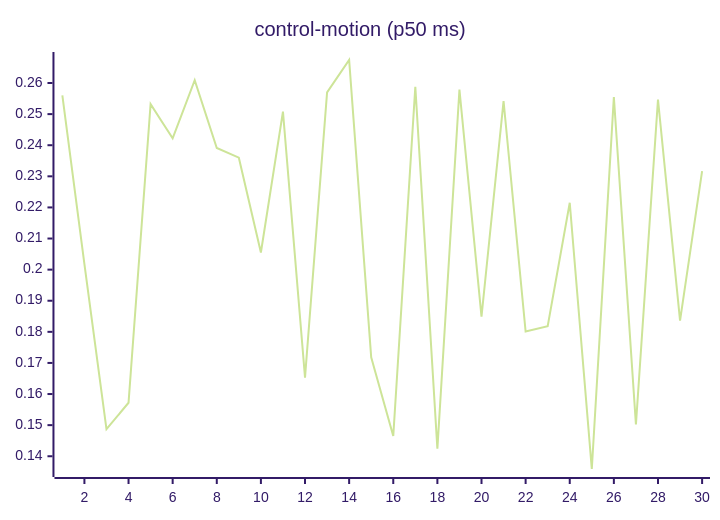
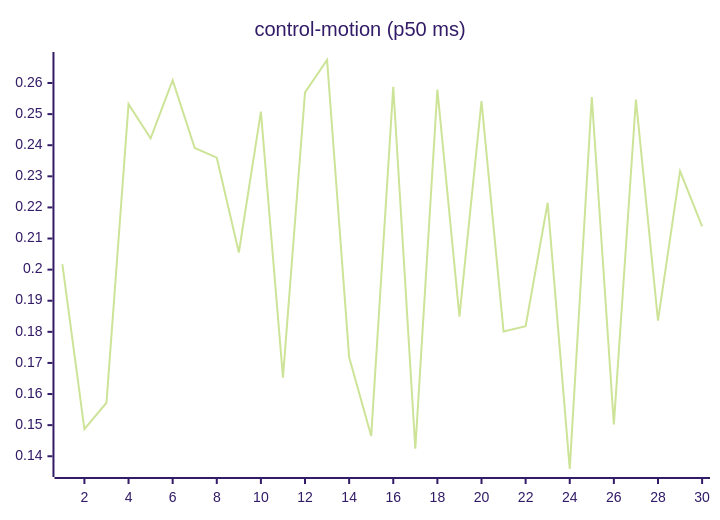
The seventh of 27 diagrams in README.md (josha/Facet), drawn with Mermaid (forest theme) before and after one commit. The commit also changed other lines of this file and 2 other files, not shown here.

````diff
--- a/README.md
+++ b/README.md
@@ -105,6 +105,6 @@
 ```mermaid
 xychart-beta
     title "control-motion (p50 ms)"
     x-axis 1 --> 30
-    line [0.2560, 0.2018, 0.1487, 0.1572, 0.2532, 0.2422, 0.2609, 0.2391, 0.2360, 0.2055, 0.2508, 0.1653, 0.2570, 0.2674, 0.1718, 0.1465, 0.2588, 0.1424, 0.2579, 0.1849, 0.2542, 0.1801, 0.1818, 0.2215, 0.1359, 0.2555, 0.1502, 0.2547, 0.1836, 0.2317]
+    line [0.2018, 0.1487, 0.1572, 0.2532, 0.2422, 0.2609, 0.2391, 0.2360, 0.2055, 0.2508, 0.1653, 0.2570, 0.2674, 0.1718, 0.1465, 0.2588, 0.1424, 0.2579, 0.1849, 0.2542, 0.1801, 0.1818, 0.2215, 0.1359, 0.2555, 0.1502, 0.2547, 0.1836, 0.2317, 0.2139]
 ```
````
